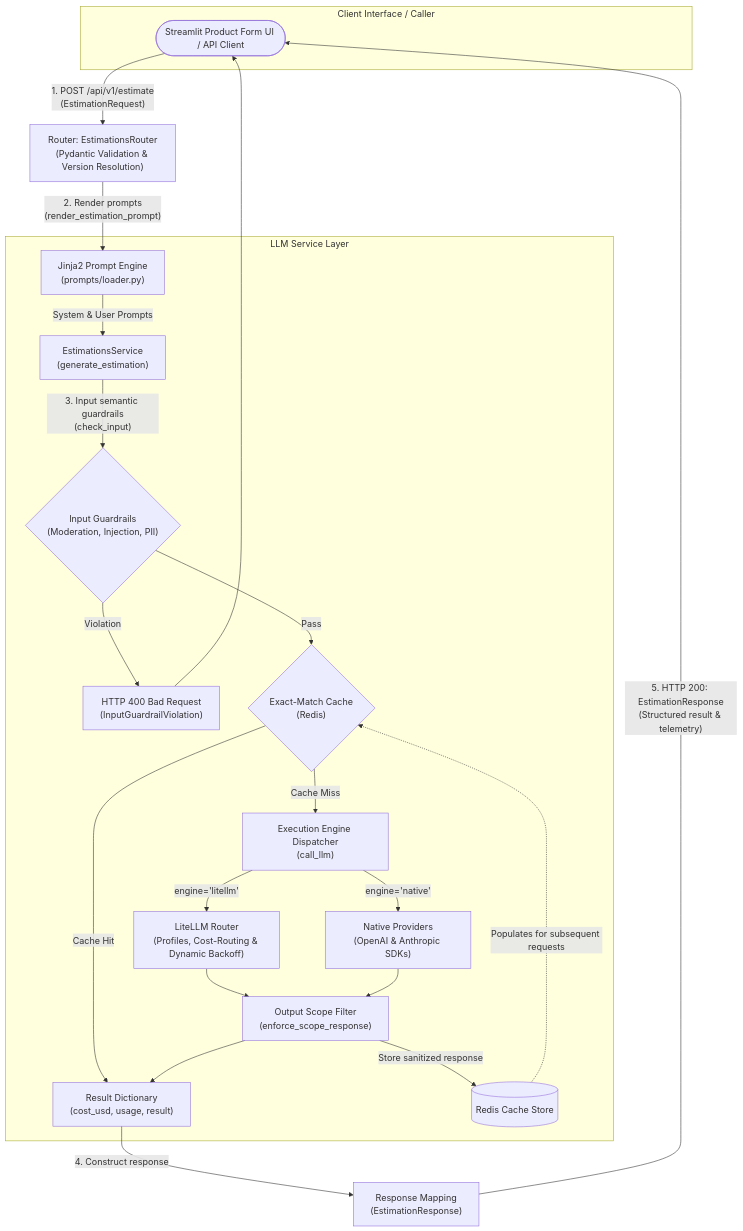
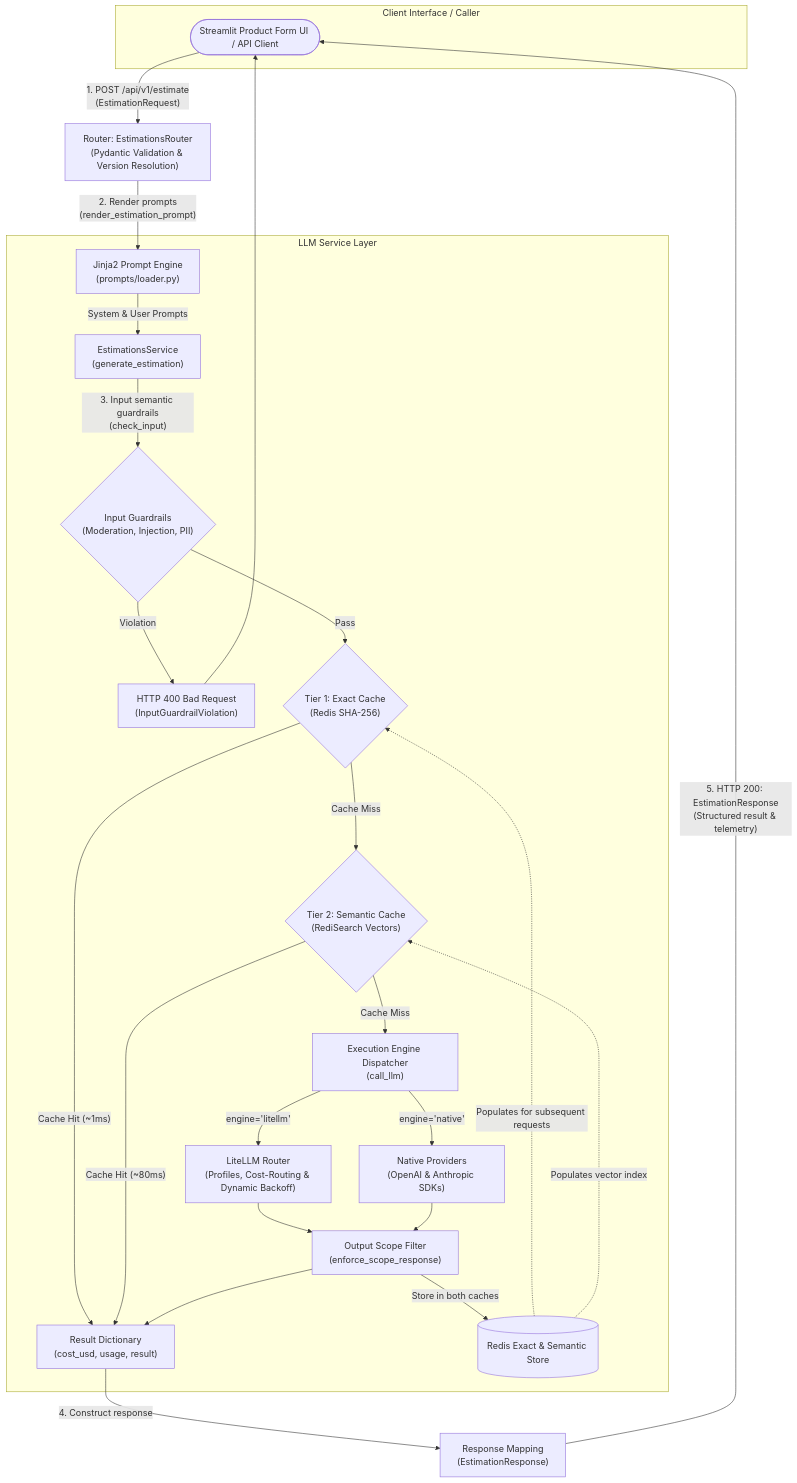
Before and after one commit to NestorDR/aie-estimator: the diagram in README.md, drawn with Mermaid. The commit also changed other lines of this file and 16 other files, not shown here.

````diff
--- a/README.md
+++ b/README.md
@@ -29,31 +29,34 @@
 ```mermaid
 flowchart TD
     subgraph ClientLayer ["Client Interface / Caller"]
         Client(["Streamlit Product Form UI / API Client"])
     end
 
     Client -->|"1. POST /api/v1/estimate\n(EstimationRequest)"| Router["Router: EstimationsRouter\n(Pydantic Validation & Version Resolution)"]
     Router -->|"2. Render prompts\n(render_estimation_prompt)"| TemplateEngine["Jinja2 Prompt Engine\n(prompts/loader.py)"]
 
     subgraph ServiceLayer ["LLM Service Layer"]
         TemplateEngine -->|"System & User Prompts"| Service["EstimationsService\n(generate_estimation)"]
         Service -->|"3. Input semantic guardrails\n(check_input)"| InputGuard{"Input Guardrails\n(Moderation, Injection, PII)"}
         InputGuard -->|"Violation"| HTTP400["HTTP 400 Bad Request\n(InputGuardrailViolation)"]
         HTTP400 --> Client
-        InputGuard -->|"Pass"| CacheCheck{"Exact-Match Cache\n(Redis)"}
+        InputGuard -->|"Pass"| ExactCacheCheck{"Tier 1: Exact Cache\n(Redis SHA-256)"}
+        ExactCacheCheck -->|"Cache Hit (~1ms)"| ServiceOutput["Result Dictionary\n(cost_usd, usage, result)"]
+        ExactCacheCheck -->|"Cache Miss"| SemanticCacheCheck{"Tier 2: Semantic Cache\n(RediSearch Vectors)"}
 
-        CacheCheck -->|"Cache Hit"| ServiceOutput["Result Dictionary\n(cost_usd, usage, result)"]
-        CacheCheck -->|"Cache Miss"| Dispatcher["Execution Engine Dispatcher\n(call_llm)"]
+        SemanticCacheCheck -->|"Cache Hit (~80ms)"| ServiceOutput
+        SemanticCacheCheck -->|"Cache Miss"| Dispatcher["Execution Engine Dispatcher\n(call_llm)"]
 
         Dispatcher -->|"engine='litellm'"| LiteLLMRouting["LiteLLM Router\n(Profiles, Cost-Routing & Dynamic Backoff)"]
         Dispatcher -->|"engine='native'"| NativeProviders["Native Providers\n(OpenAI & Anthropic SDKs)"]
         LiteLLMRouting --> OutputFilter["Output Scope Filter\n(enforce_scope_response)"]
         NativeProviders --> OutputFilter
-        OutputFilter -->|"Store sanitized response"| CacheStore[("Redis Cache Store")]
-        CacheStore -.->|"Populates for subsequent requests"| CacheCheck
+        OutputFilter -->|"Store in both caches"| CacheStore[("Redis Exact & Semantic Store")]
+        CacheStore -.->|"Populates for subsequent requests"| ExactCacheCheck
+        CacheStore -.->|"Populates vector index"| SemanticCacheCheck
         OutputFilter --> ServiceOutput
     end
 
     ServiceOutput -->|"4. Construct response"| ResponseMapper["Response Mapping\n(EstimationResponse)"]
     ResponseMapper -->|"5. HTTP 200: EstimationResponse\n(Structured result & telemetry)"| Client
 ```
````
